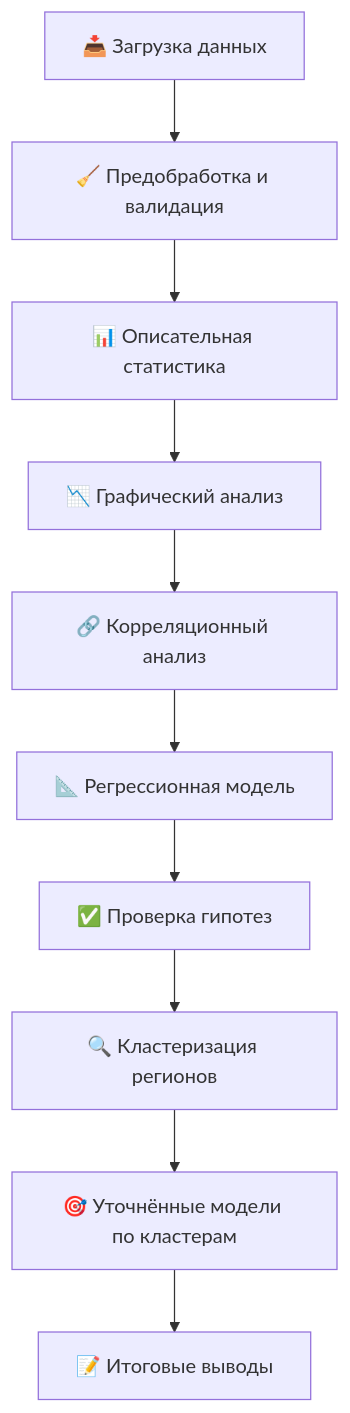
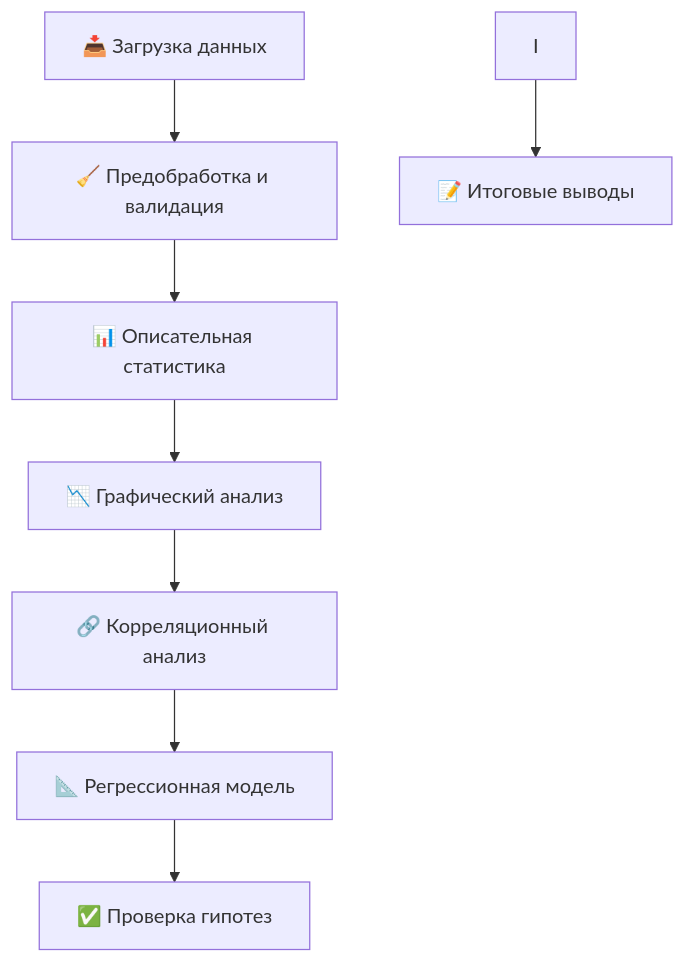
The first of 2 diagrams in README.md (Tomato-angel/iad-life-expectancy-RF-regions-2011), drawn with Mermaid before and after one commit. The commit also changed other lines of this file, not shown here.

````diff
--- a/README.md
+++ b/README.md
@@ -145,12 +144,10 @@
 ```mermaid
 graph TD
     A[📥 Загрузка данных] --> B[🧹 Предобработка и валидация]
     B --> C[📊 Описательная статистика]
     C --> D[📉 Графический анализ]
     D --> E[🔗 Корреляционный анализ]
     E --> F[📐 Регрессионная модель]
     F --> G[✅ Проверка гипотез]
-    G --> H[🔍 Кластеризация регионов]
-    H --> I[🎯 Уточнённые модели по кластерам]
     I --> J[📝 Итоговые выводы]
 ```
````
